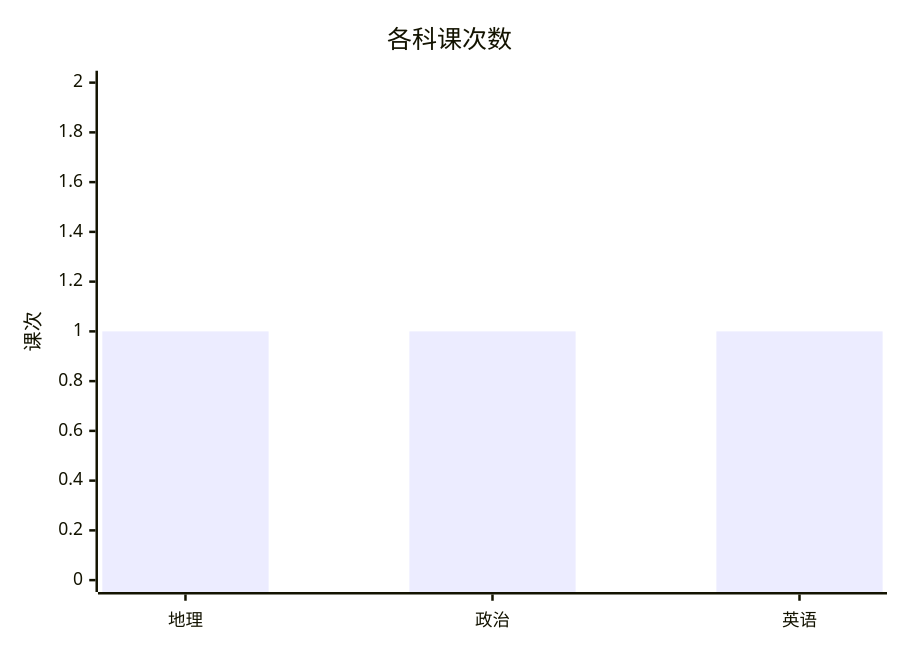
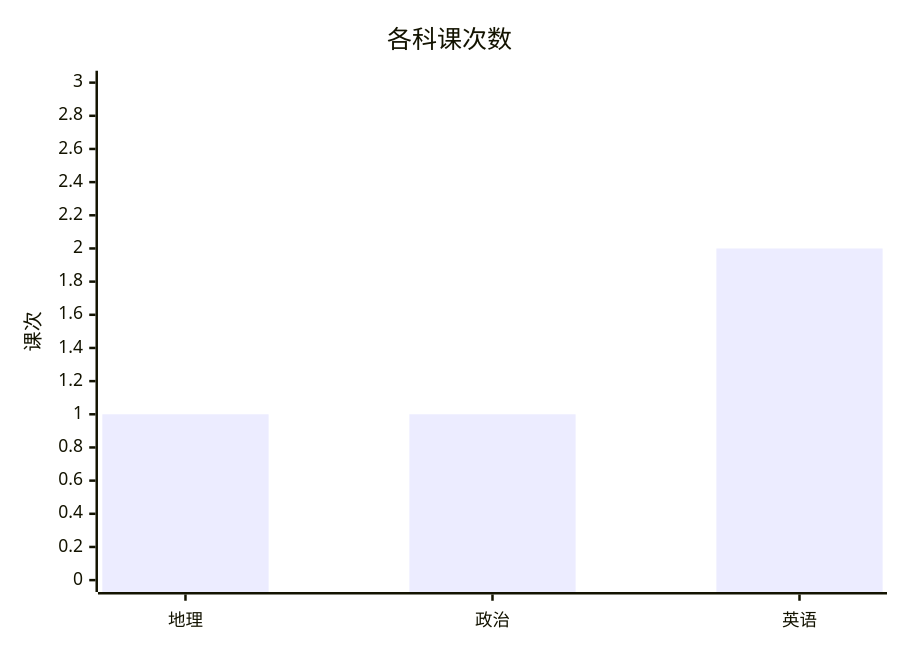
Before and after one commit to zhuchenyu2008/Learning-Library: the second of 3 diagrams in README.md, drawn with Mermaid. The commit also changed other lines of this file, not shown here.

````diff
--- a/README.md
+++ b/README.md
@@ -46,7 +46,7 @@
 ```mermaid
 xychart-beta
     title "各科课次数"
     x-axis ["地理", "政治", "英语"]
-    y-axis "课次" 0 --> 2
-    bar [1, 1, 1]
+    y-axis "课次" 0 --> 3
+    bar [1, 1, 2]
 ```
````
